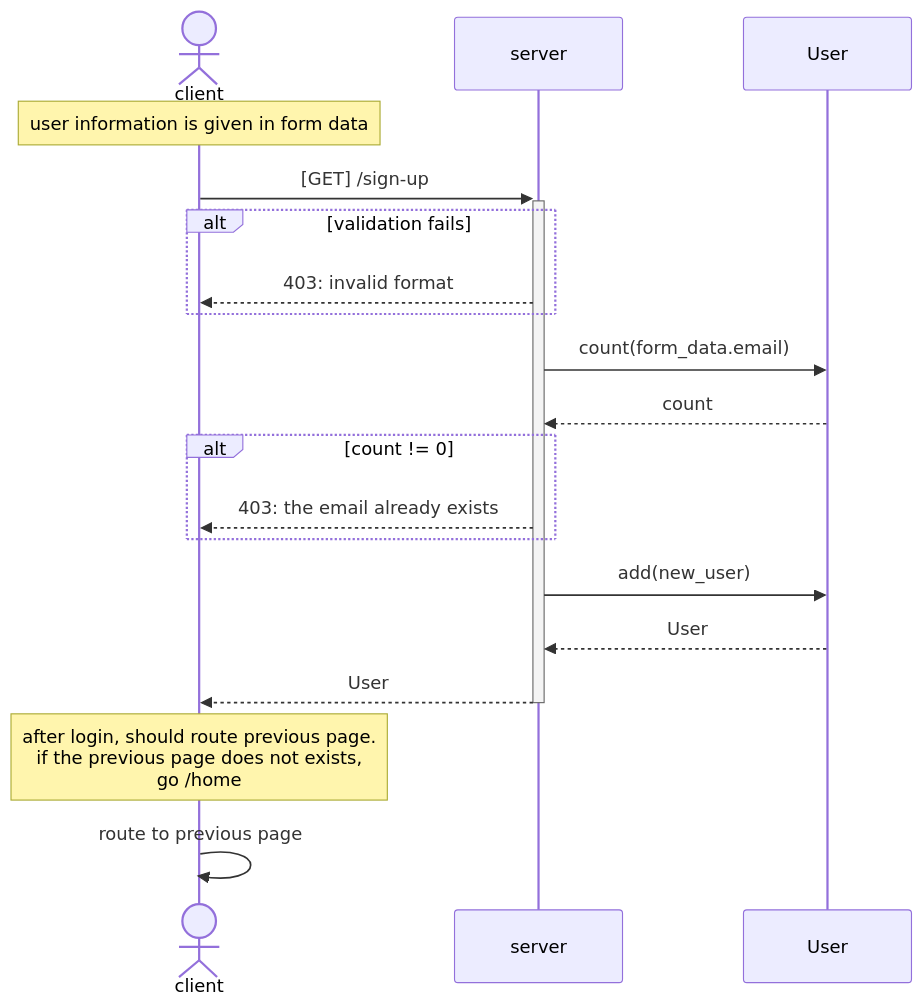
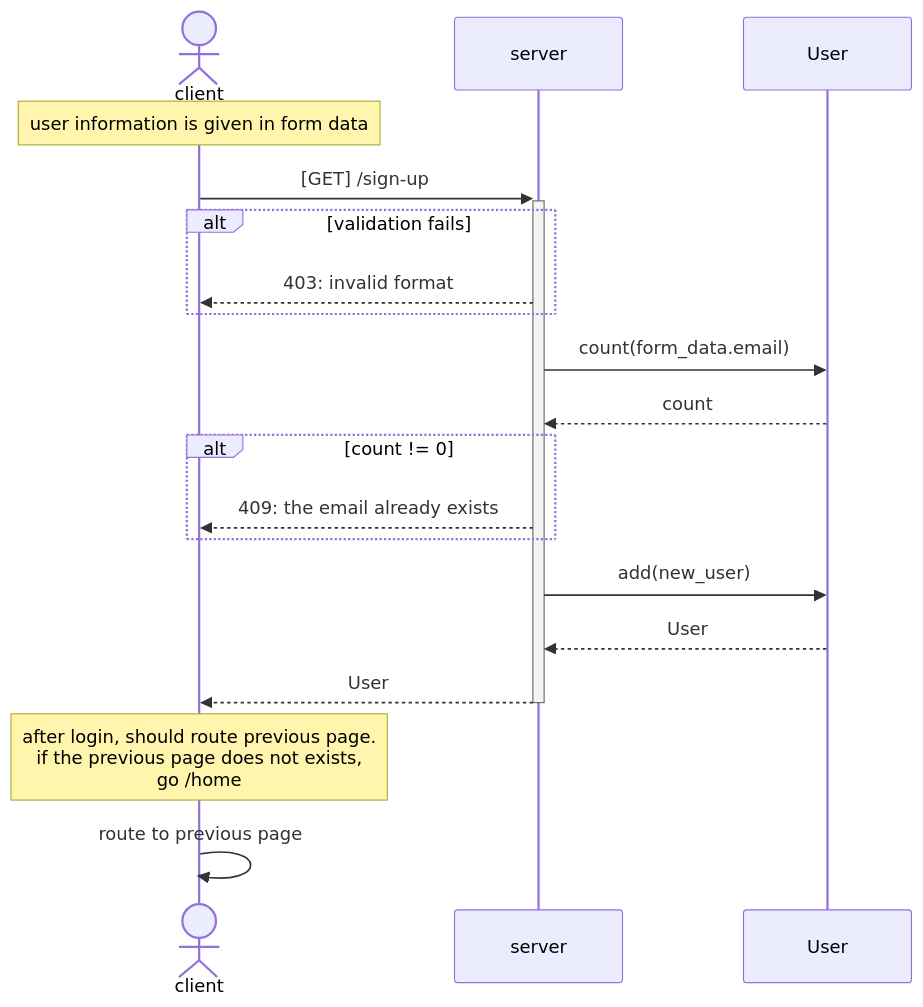
The fifth of 9 diagrams in README.md (wootra/book-share), drawn with Mermaid before and after one commit. The commit also changed 18 other files, not shown here.

````diff
--- a/README.md
+++ b/README.md
@@ -151,20 +151,20 @@
 ```mermaid
 sequenceDiagram
 actor client
 
 Note over client: user information is given in form data
 client ->> +server: [GET] /sign-up
 alt validation fails
     server -->> client : 403: invalid format
 end
 server ->> User : count(form_data.email)
 User -->> server : count
 alt count != 0
-    server -->> client : 403: the email already exists
+    server -->> client : 409: the email already exists
 end
 server ->> User : add(new_user)
 User -->> server : User
 server -->> -client : User
 Note over client: after login, should route previous page.<br/>if the previous page does not exists, <br/> go /home
 client ->> client : route to previous page
 ```
````
